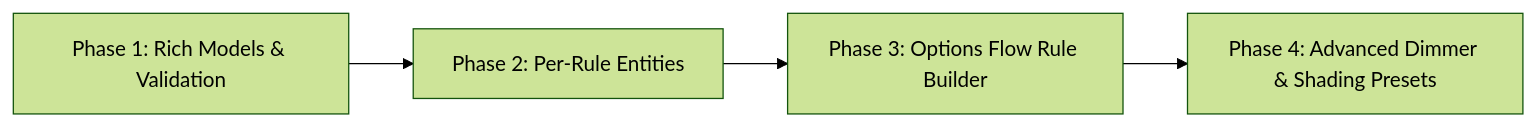
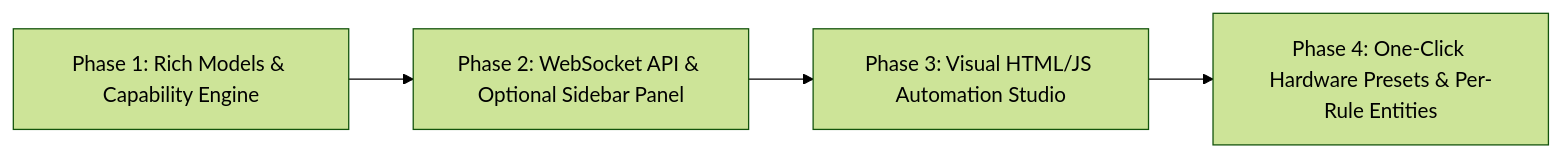
Before and after one commit to mathismueller/home-assistant-eltako-ip: the diagram in ROADMAP.md, drawn with Mermaid (forest theme). The commit also changed other lines of this file, not shown here.

Commit message:
docs: expand v0.3.0 roadmap with optional sidebar HTML/JS automation studio

````diff
--- a/ROADMAP.md
+++ b/ROADMAP.md
@@ -84,6 +94,6 @@
 ```mermaid
 flowchart LR
-    P1["Phase 1: Rich Models & Validation"] --> P2["Phase 2: Per-Rule Entities"]
-    P2 --> P3["Phase 3: Options Flow Rule Builder"]
-    P3 --> P4["Phase 4: Advanced Dimmer & Shading Presets"]
+    P1["Phase 1: Rich Models & Capability Engine"] --> P2["Phase 2: WebSocket API & Optional Sidebar Panel"]
+    P2 --> P3["Phase 3: Visual HTML/JS Automation Studio"]
+    P3 --> P4["Phase 4: One-Click Hardware Presets & Per-Rule Entities"]
 ```
````
